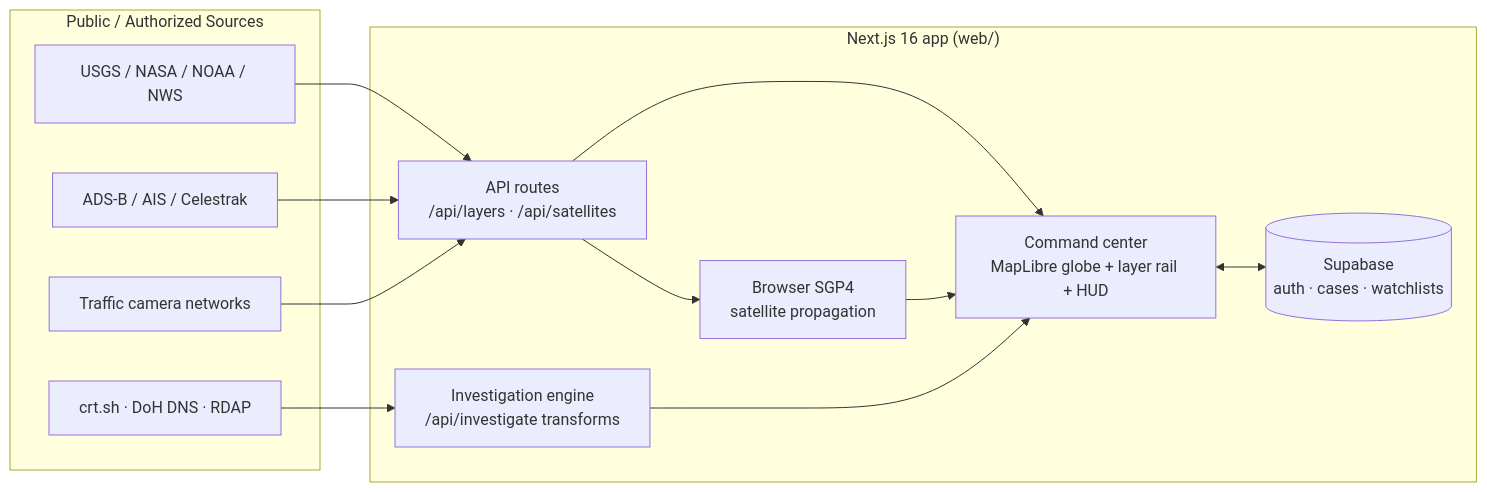
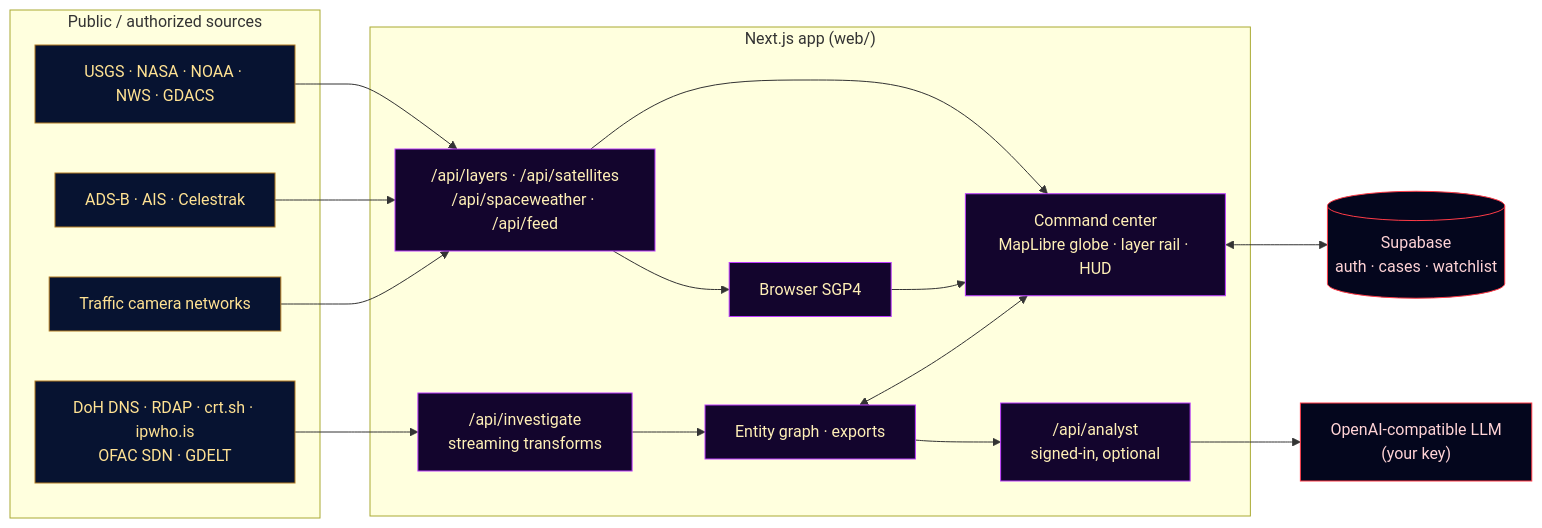
One commit to kamikaze1120/RTAIP changed the diagram in README.md. Above: the diagram before and after it, drawn with Mermaid. The commit also changed other lines of this file and 1 other file, not shown here.

````diff
--- a/README.md
+++ b/README.md
@@ -108,20 +98,32 @@
 ```mermaid
 flowchart LR
-  subgraph Sources["Public / Authorized Sources"]
-    G1[USGS / NASA / NOAA / NWS]
-    G2[ADS-B / AIS / Celestrak]
-    C1[Traffic camera networks]
-    O1[crt.sh · DoH DNS · RDAP]
+  subgraph SRC["Public / authorized sources"]
+    G1["USGS · NASA · NOAA · NWS · GDACS"]
+    G2["ADS-B · AIS · Celestrak"]
+    C1["Traffic camera networks"]
+    O1["DoH DNS · RDAP · crt.sh · ipwho.is<br/>OFAC SDN · GDELT"]
   end
-  subgraph App["Next.js 16 app (web/)"]
-    RT[API routes<br/>/api/layers · /api/satellites]
-    INV[Investigation engine<br/>/api/investigate transforms]
-    CC[Command center<br/>MapLibre globe + layer rail + HUD]
-    SAT[Browser SGP4<br/>satellite propagation]
-    SB[(Supabase<br/>auth · cases · watchlists)]
+  subgraph APP["Next.js app (web/)"]
+    RT["/api/layers · /api/satellites<br/>/api/spaceweather · /api/feed"]
+    INV["/api/investigate<br/>streaming transforms"]
+    AN["/api/analyst<br/>signed-in, optional"]
+    CC["Command center<br/>MapLibre globe · layer rail · HUD"]
+    SAT["Browser SGP4"]
+    GR["Entity graph · exports"]
   end
+  SB[("Supabase<br/>auth · cases · watchlist")]
+  LLM["OpenAI-compatible LLM<br/>(your key)"]
   G1 & G2 & C1 --> RT --> CC
-  O1 --> INV --> CC
   RT --> SAT --> CC
+  O1 --> INV --> GR
+  GR <--> CC
+  GR --> AN --> LLM
   CC <--> SB
+
+  classDef src fill:#071331,stroke:#B17A23,color:#ffe293
+  classDef app fill:#13052d,stroke:#BD3CFF,color:#fff0b7
+  classDef ext fill:#04061d,stroke:#ff3b47,color:#ffd3d6
+  class G1,G2,C1,O1 src
+  class RT,INV,AN,CC,SAT,GR app
+  class SB,LLM ext
 ```
````
